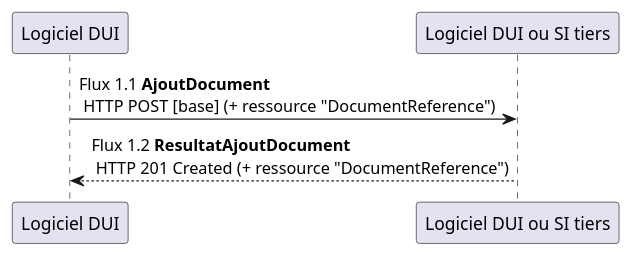
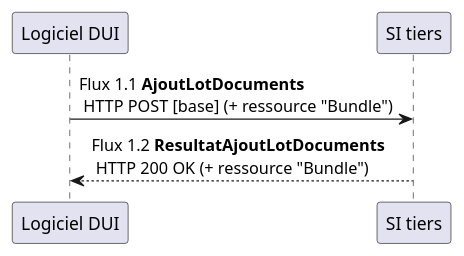
Before and after one commit to ansforge/IG-contenu-cda-medicosocial-transfert-donnees-dui: the diagram in input/images-source/flux1.plantuml, drawn with PlantUML. The commit also changed 2 other files, not shown here.

Commit message:
maj supp flux1

```diff
--- a/input/images-source/flux1.plantuml
+++ b/input/images-source/flux1.plantuml
@@ -1,6 +1,6 @@
 @startuml
 
-"Logiciel DUI" -> "Logiciel DUI ou SI tiers" : Flux 1.1 **AjoutDocument** \n HTTP POST [base] (+ ressource "DocumentReference")
-"Logiciel DUI" <-- "Logiciel DUI ou SI tiers" : Flux 1.2 **ResultatAjoutDocument** \n HTTP 201 Created (+ ressource "DocumentReference")
+"Logiciel DUI" -> "SI tiers" : Flux 1.1 **AjoutLotDocuments** \n HTTP POST [base] (+ ressource "Bundle")
+"Logiciel DUI" <-- "SI tiers" : Flux 1.2 **ResultatAjoutLotDocuments** \n HTTP 200 OK (+ ressource "Bundle")
 
 @enduml
```
